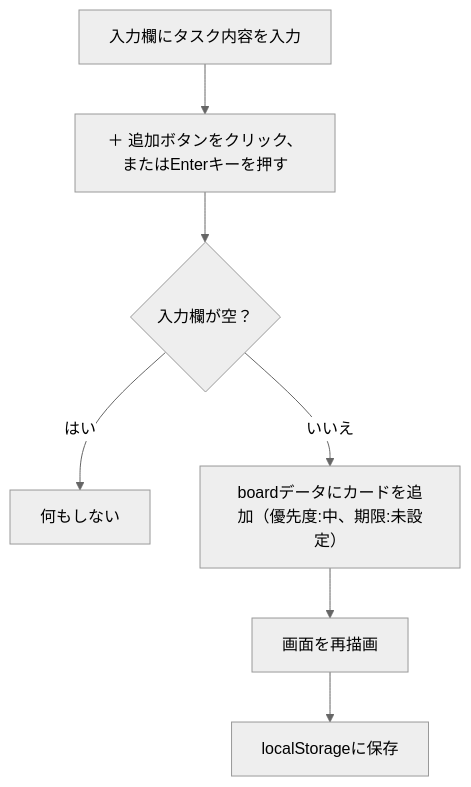
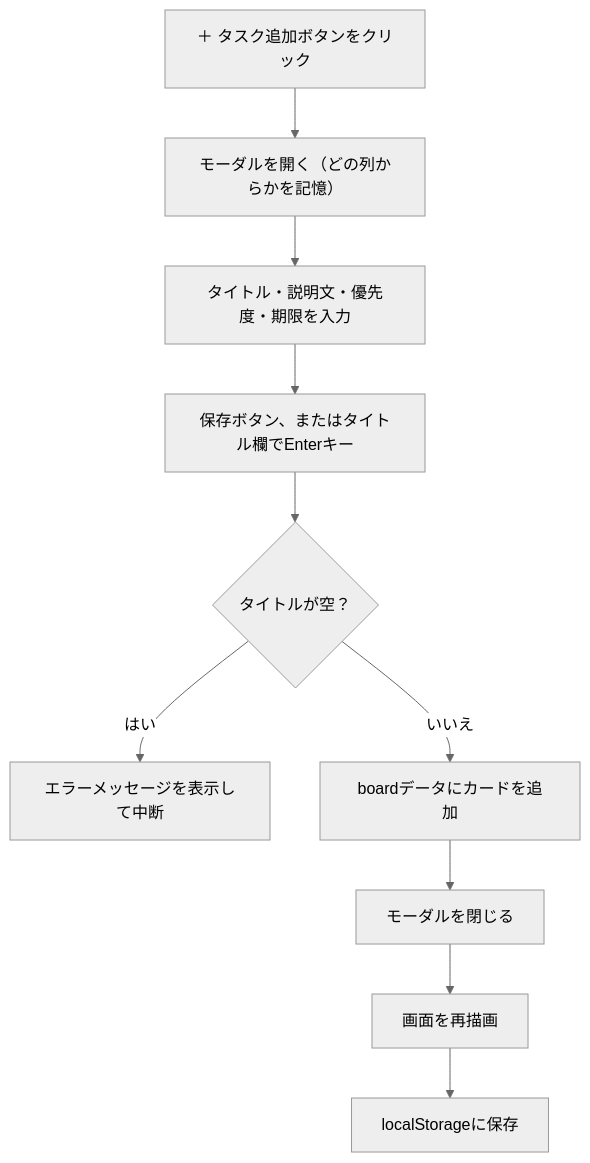
One commit to ibubu7777777-ux/TaskManagement changed the first of 6 diagrams in docs/画面設計.md. Above: the diagram before and after it, drawn with Mermaid (neutral theme). The commit also changed other lines of this file and 9 other files, not shown here.

````diff
--- a/docs/画面設計.md
+++ b/docs/画面設計.md
@@ -44,9 +60,12 @@
 ```mermaid
 flowchart TD
-    A[入力欄にタスク内容を入力] --> B["＋ 追加"ボタンをクリック、またはEnterキーを押す]
-    B --> C{入力欄が空？}
-    C -- はい --> D[何もしない]
-    C -- いいえ --> E[boardデータにカードを追加（優先度:中、期限:未設定）]
-    E --> F[画面を再描画]
-    F --> G[localStorageに保存]
+    A["＋ タスク追加"ボタンをクリック] --> B[モーダルを開く（どの列からかを記憶）]
+    B --> C[タイトル・説明文・優先度・期限を入力]
+    C --> D["保存"ボタン、またはタイトル欄でEnterキー]
+    D --> E{タイトルが空？}
+    E -- はい --> F[エラーメッセージを表示して中断]
+    E -- いいえ --> G[boardデータにカードを追加]
+    G --> H[モーダルを閉じる]
+    H --> I[画面を再描画]
+    I --> J[localStorageに保存]
 ```
````
